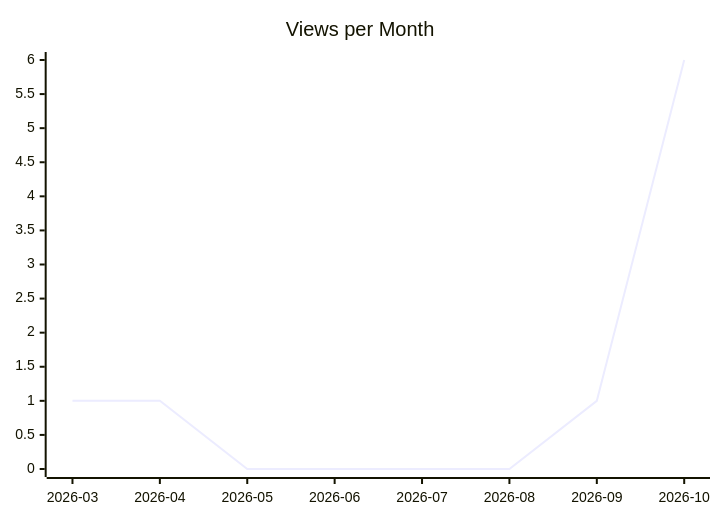
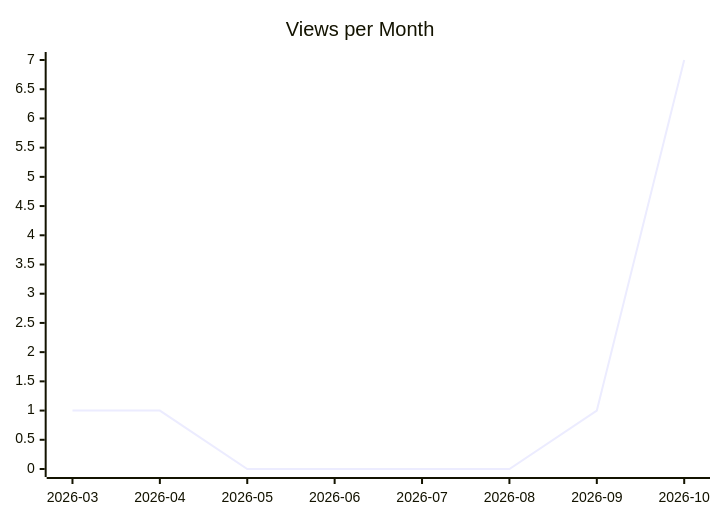
Before and after one commit to justdavis-family/github-analytics-data: the second of 3 diagrams in karlmdavis/todoist-ai/README.md, drawn with Mermaid. The commit also changed other lines of this file and 198 other files, not shown here.

````diff
--- a/karlmdavis/todoist-ai/README.md
+++ b/karlmdavis/todoist-ai/README.md
@@ -12,6 +12,6 @@
 ```mermaid
 xychart-beta
   title "Views per Month"
   x-axis ["2026-03", "2026-04", "2026-05", "2026-06", "2026-07", "2026-08", "2026-09", "2026-10"]
-  line [1, 1, 0, 0, 0, 0, 1, 6]
+  line [1, 1, 0, 0, 0, 0, 1, 7]
 ```
````
